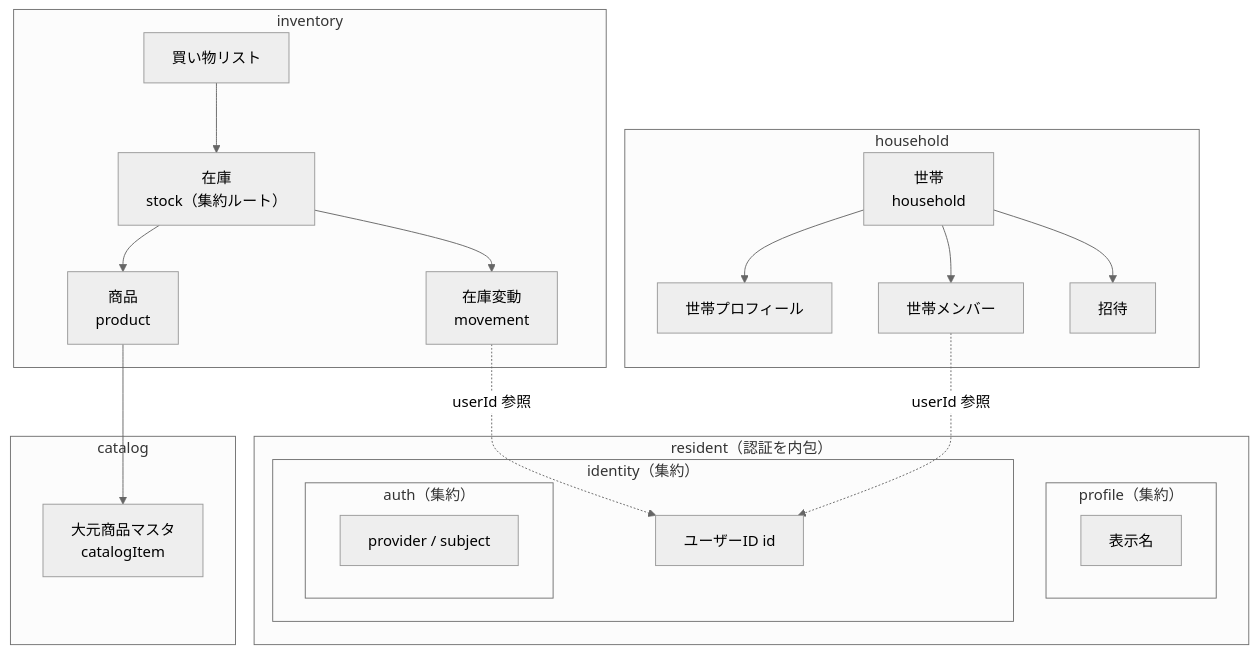
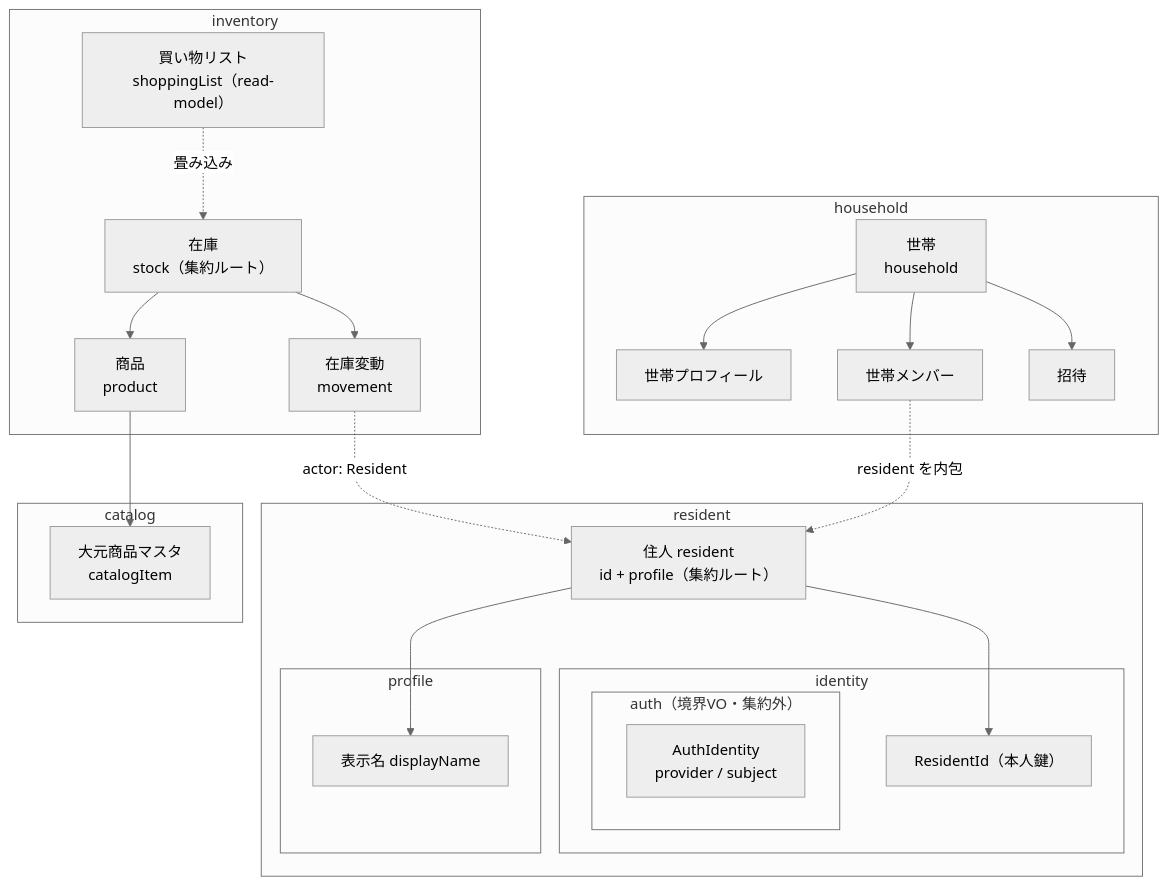
One commit to bright-room/mindstock changed the first of 5 diagrams in docs/superpowers/specs/2026-05-31-mindstock-full-replace-design/03-domain-detail.md. Above: the diagram before and after it, drawn with Mermaid (neutral theme). The commit also changed other lines of this file, not shown here.

First line of the commit message:
docs: 03 詳細ドメインを完成(resident 再設計 / 共通VO / ShoppingList read-model)

````diff
--- a/docs/superpowers/specs/2026-05-31-mindstock-full-replace-design/03-domain-detail.md
+++ b/docs/superpowers/specs/2026-05-31-mindstock-full-replace-design/03-domain-detail.md
@@ -19,39 +22,42 @@
 ```mermaid
 flowchart TB
-    subgraph resident["resident（認証を内包）"]
-        subgraph profile["profile（集約）"]
-            DisplayName["表示名"]
+    subgraph resident["resident"]
+        Resident["住人 resident<br/>id + profile（集約ルート）"]
+        subgraph profile["profile"]
+            DisplayName["表示名 displayName"]
         end
-        subgraph identity["identity（集約）"]
-            UserId["ユーザーID id"]
-            subgraph auth["auth（集約）"]
-                AuthV["provider / subject"]
+        subgraph identity["identity"]
+            ResidentId["ResidentId（本人鍵）"]
+            subgraph auth["auth（境界VO・集約外）"]
+                AuthV["AuthIdentity<br/>provider / subject"]
             end
         end
     end
     subgraph household["household"]
         HH["世帯<br/>household"]
         HProfile["世帯プロフィール"]
         Member["世帯メンバー"]
         Invitation["招待"]
     end
     subgraph catalog["catalog"]
         CatItem["大元商品マスタ<br/>catalogItem"]
     end
     subgraph inventory["inventory"]
         Product["商品<br/>product"]
         Stock["在庫<br/>stock（集約ルート）"]
         Movement["在庫変動<br/>movement"]
-        Shopping["買い物リスト"]
+        Shopping["買い物リスト<br/>shoppingList（read-model）"]
     end
 
+    Resident --> DisplayName
+    Resident --> ResidentId
     HH --> HProfile
     HH --> Member
     HH --> Invitation
-    Member -.->|userId 参照| UserId
+    Member -.->|resident を内包| Resident
     Product --> CatItem
     Stock --> Product
     Stock --> Movement
-    Movement .->|userId 参照| UserId
-    Shopping --> Stock
+    Movement -.->|actor: Resident| Resident
+    Shopping -.->|畳み込み| Stock
 ```
````
